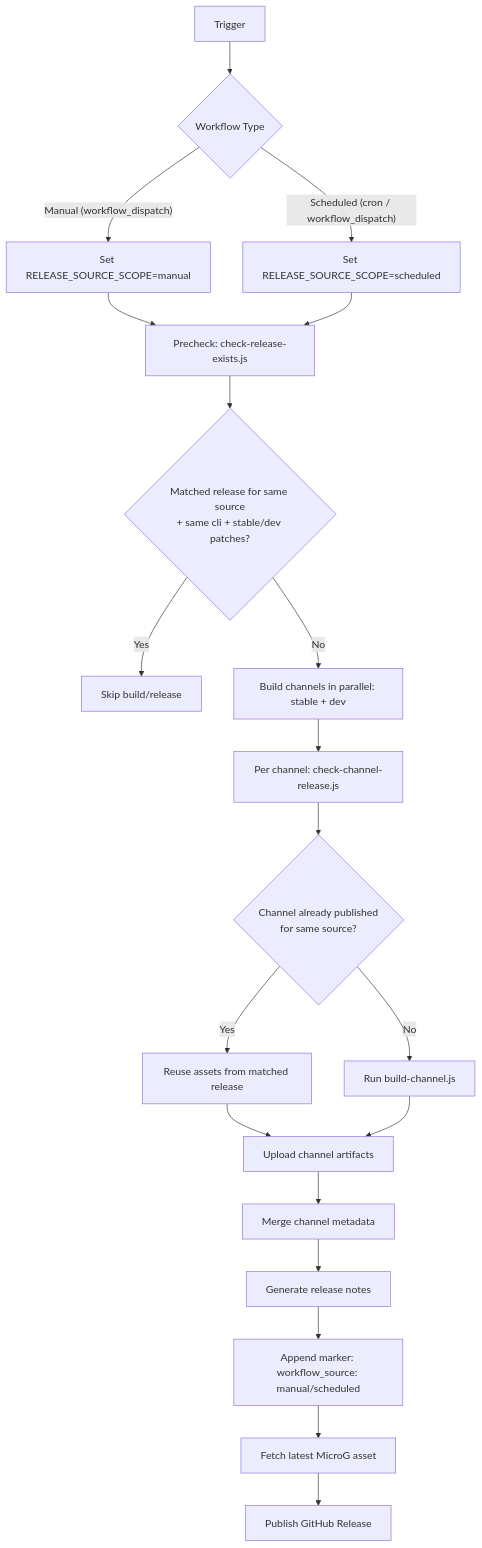
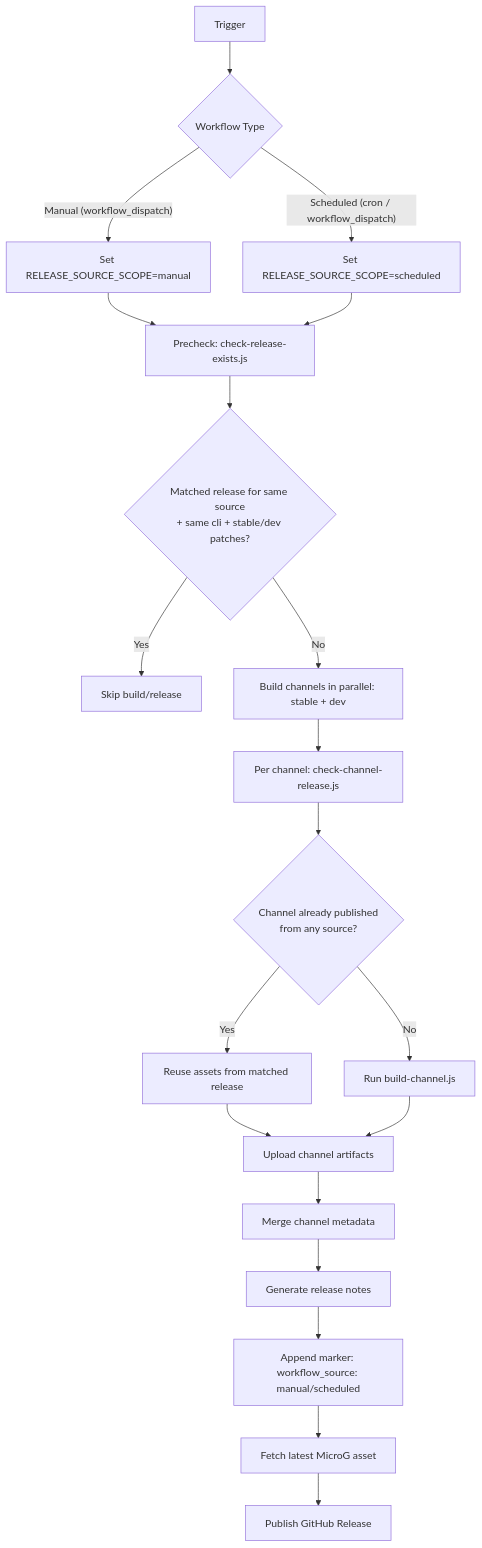
The diagram in README.md (ni-null/Morphe-test), drawn with Mermaid before and after one commit. The commit also changed other lines of this file and 3 other files, not shown here.

Commit message:
feat: update release checks to allow asset reuse from any source for manual and scheduled workflows

````diff
--- a/README.md
+++ b/README.md
@@ -49,25 +49,25 @@
 ```mermaid
 flowchart TD
     A["Trigger"] --> B{"Workflow Type"}
     B -->|"Manual (workflow_dispatch)"| M1["Set RELEASE_SOURCE_SCOPE=manual"]
     B -->|"Scheduled (cron / workflow_dispatch)"| S1["Set RELEASE_SOURCE_SCOPE=scheduled"]
 
     M1 --> C["Precheck: check-release-exists.js"]
     S1 --> C
     C --> D{"Matched release for same source<br/>+ same cli + stable/dev patches?"}
     D -->|"Yes"| Z["Skip build/release"]
     D -->|"No"| E["Build channels in parallel: stable + dev"]
 
     E --> F["Per channel: check-channel-release.js"]
-    F --> G{"Channel already published<br/>for same source?"}
+    F --> G{"Channel already published<br/>from any source?"}
     G -->|"Yes"| H["Reuse assets from matched release"]
     G -->|"No"| I["Run build-channel.js"]
 
     H --> J["Upload channel artifacts"]
     I --> J
     J --> K["Merge channel metadata"]
     K --> L["Generate release notes"]
     L --> M["Append marker: workflow_source: manual/scheduled"]
     M --> N["Fetch latest MicroG asset"]
     N --> O["Publish GitHub Release"]
 ```
````
